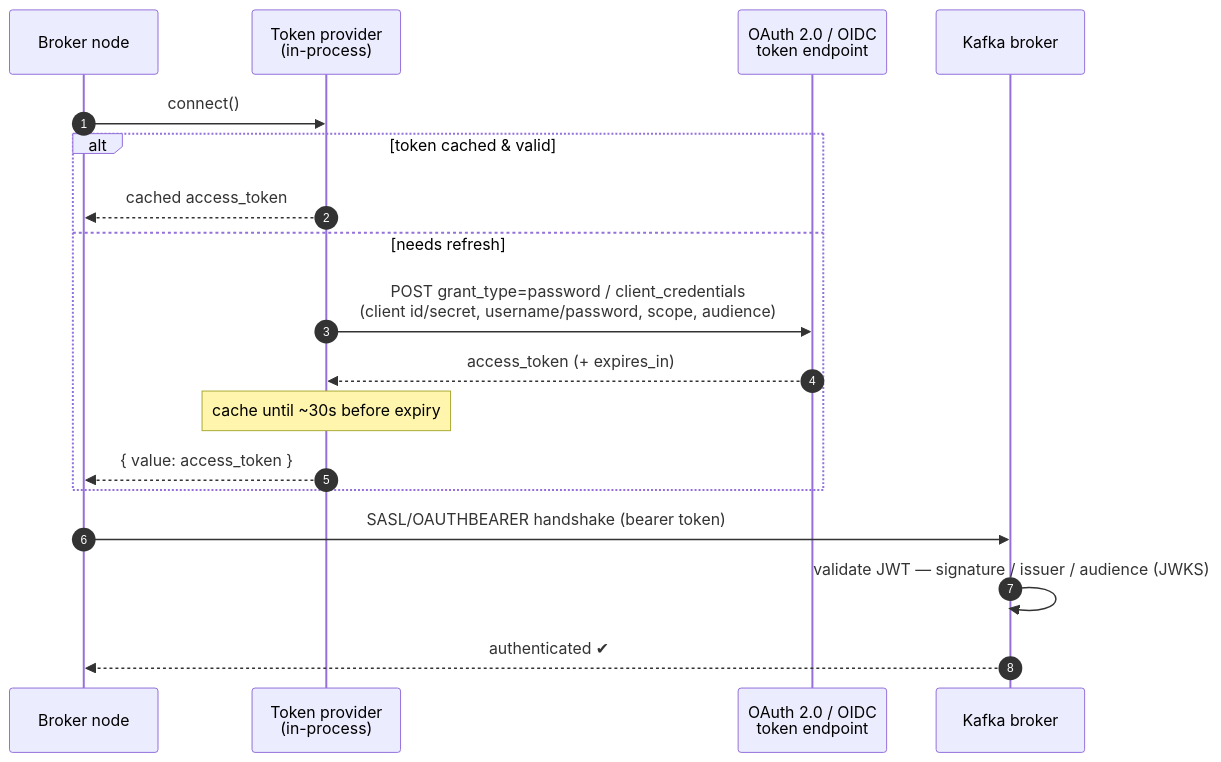
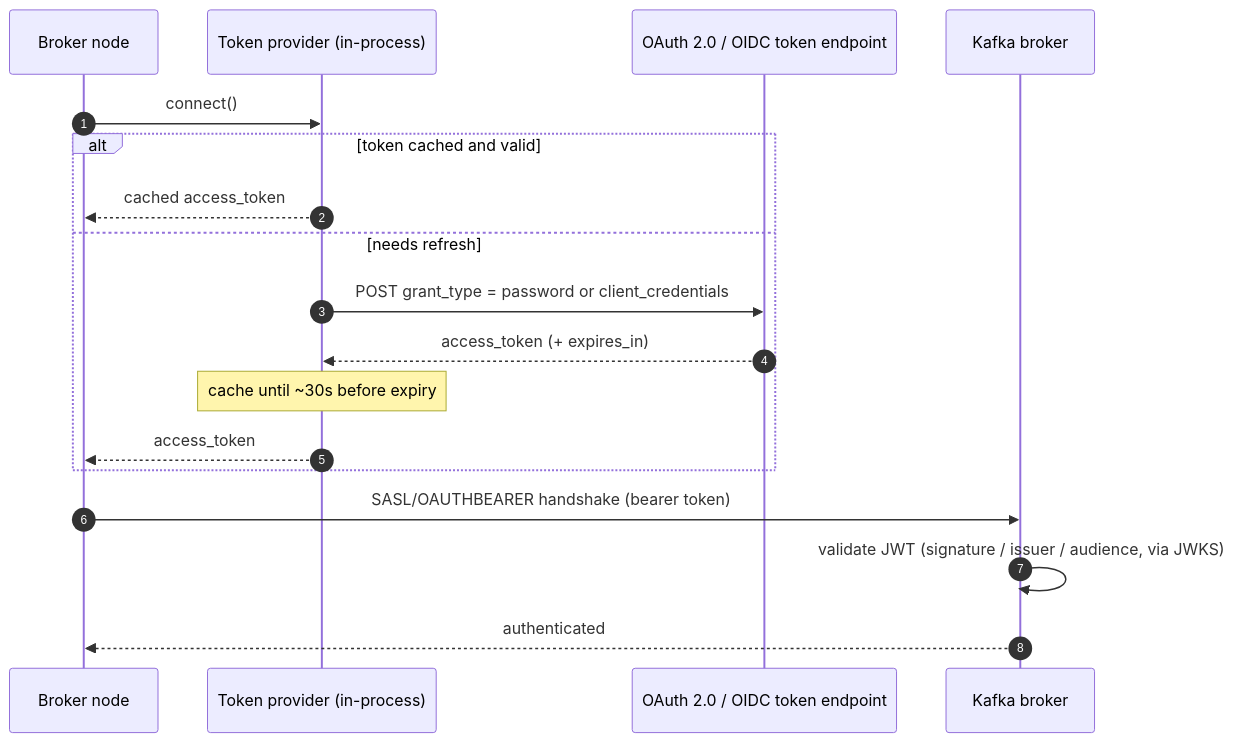
One commit to blanpa/node-red-contrib-kafka-suite changed the second of 2 diagrams in README.md. Above: the diagram before and after it, drawn with Mermaid. The commit also changed other lines of this file, not shown here.

First line of the commit message:
docs: simplify Mermaid diagrams so GitHub renders them

````diff
--- a/README.md
+++ b/README.md
@@ -339,21 +338,21 @@
 ```mermaid
 sequenceDiagram
     autonumber
     participant N as Broker node
-    participant T as Token provider<br/>(in-process)
-    participant I as OAuth 2.0 / OIDC<br/>token endpoint
+    participant T as Token provider (in-process)
+    participant I as OAuth 2.0 / OIDC token endpoint
     participant K as Kafka broker
 
     N->>T: connect()
-    alt token cached & valid
+    alt token cached and valid
         T-->>N: cached access_token
     else needs refresh
-        T->>I: POST grant_type=password / client_credentials<br/>(client id/secret, username/password, scope, audience)
+        T->>I: POST grant_type = password or client_credentials
         I-->>T: access_token (+ expires_in)
         Note over T: cache until ~30s before expiry
-        T-->>N: { value: access_token }
+        T-->>N: access_token
     end
     N->>K: SASL/OAUTHBEARER handshake (bearer token)
-    K->>K: validate JWT — signature / issuer / audience (JWKS)
-    K-->>N: authenticated ✔
+    K->>K: validate JWT (signature / issuer / audience, via JWKS)
+    K-->>N: authenticated
 ```
````
